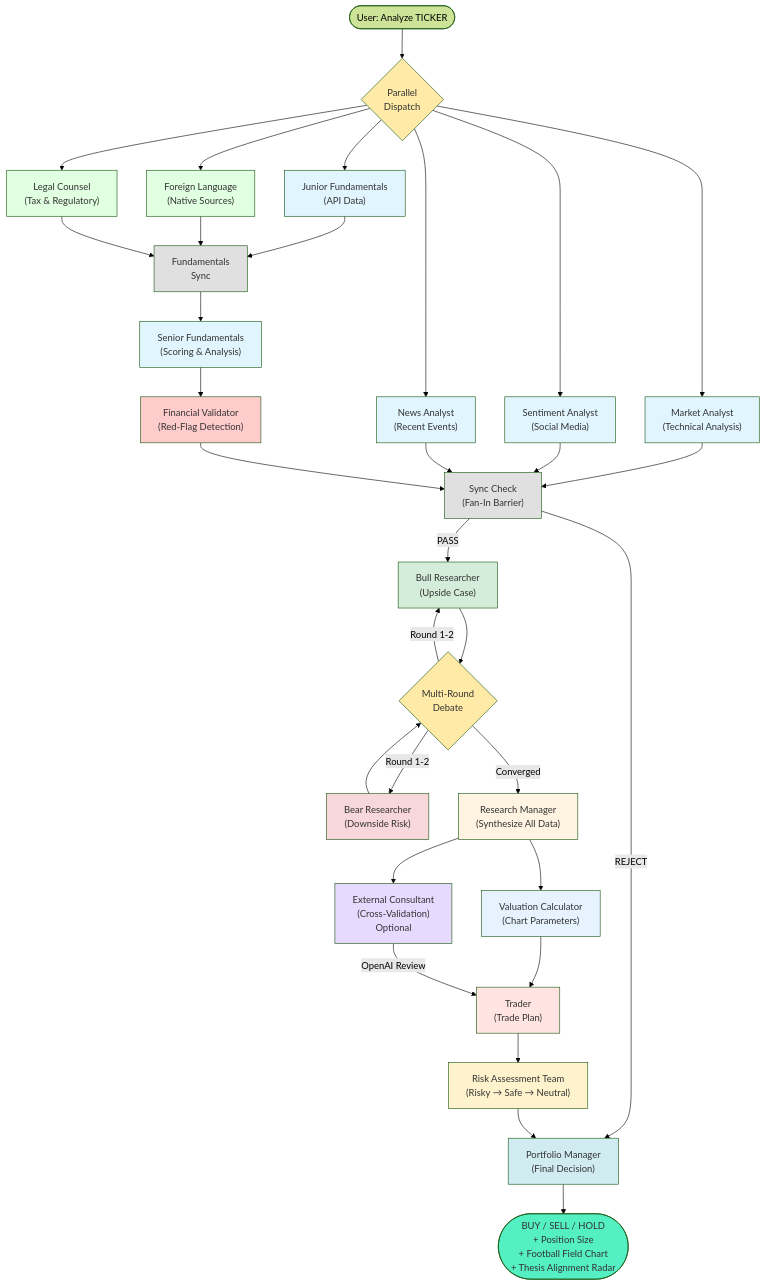
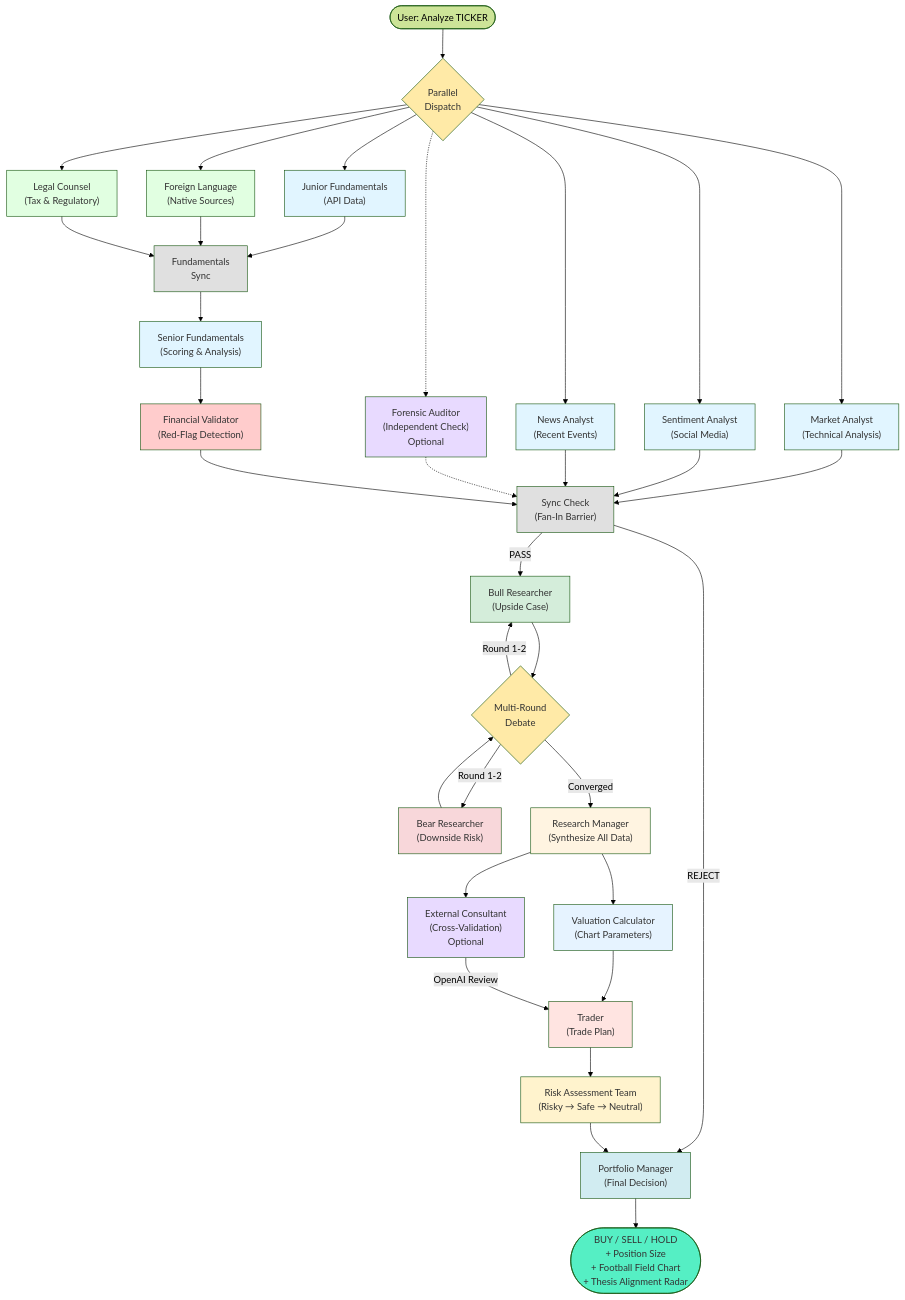
One commit to rgoerwit/ai-investment-agent changed the diagram in README.md. Above: the diagram before and after it, drawn with Mermaid (forest theme). The commit also changed other lines of this file and 13 other files, not shown here.

````diff
--- a/README.md
+++ b/README.md
@@ -42,71 +42,74 @@
 ```mermaid
 graph TB
     Start([User: Analyze TICKER]) --> Dispatcher{Parallel<br/>Dispatch}
 
     %% Parallel Fan-Out: 6 branches run simultaneously
     Dispatcher --> MarketAnalyst["Market Analyst<br/>(Technical Analysis)"]
     Dispatcher --> SentimentAnalyst["Sentiment Analyst<br/>(Social Media)"]
     Dispatcher --> NewsAnalyst["News Analyst<br/>(Recent Events)"]
     Dispatcher --> JuniorFund["Junior Fundamentals<br/>(API Data)"]
     Dispatcher --> ForeignLang["Foreign Language<br/>(Native Sources)"]
     Dispatcher --> LegalCounsel["Legal Counsel<br/>(Tax & Regulatory)"]
+    Dispatcher -.-> Auditor["Forensic Auditor<br/>(Independent Check)<br/>Optional"]
 
     %% Market/Sentiment/News go directly to main Sync Check
     MarketAnalyst --> SyncCheck["Sync Check<br/>(Fan-In Barrier)"]
     SentimentAnalyst --> SyncCheck
     NewsAnalyst --> SyncCheck
+    Auditor -.-> SyncCheck
 
     %% Fundamentals sub-graph: Junior + Foreign + Legal sync first
     JuniorFund --> FundSync["Fundamentals<br/>Sync"]
     ForeignLang --> FundSync
     LegalCounsel --> FundSync
     FundSync --> SeniorFund["Senior Fundamentals<br/>(Scoring & Analysis)"]
     SeniorFund --> Validator["Financial Validator<br/>(Red-Flag Detection)"]
     Validator --> SyncCheck
 
     %% After all branches complete
     SyncCheck -->|REJECT| PortfolioManager["Portfolio Manager<br/>(Final Decision)"]
     SyncCheck -->|PASS| BullResearcher["Bull Researcher<br/>(Upside Case)"]
 
     BullResearcher --> Debate{Multi-Round<br/>Debate}
     BearResearcher["Bear Researcher<br/>(Downside Risk)"] --> Debate
 
     Debate -->|Round 1-2| BullResearcher
     Debate -->|Round 1-2| BearResearcher
     Debate -->|Converged| ResearchManager["Research Manager<br/>(Synthesize All Data)"]
 
     %% Post-Research Manager: Valuation Calculator and Consultant run in parallel
     ResearchManager --> ValuationCalc["Valuation Calculator<br/>(Chart Parameters)"]
     ResearchManager --> Consultant["External Consultant<br/>(Cross-Validation)<br/>Optional"]
 
     ValuationCalc --> Trader["Trader<br/>(Trade Plan)"]
     Consultant -->|OpenAI Review| Trader
 
     Trader --> RiskTeam["Risk Assessment Team<br/>(Risky → Safe → Neutral)"]
 
     RiskTeam --> PortfolioManager
 
     PortfolioManager --> Decision([BUY / SELL / HOLD<br/>+ Position Size<br/>+ Football Field Chart<br/>+ Thesis Alignment Radar])
 
     style Dispatcher fill:#ffeaa7,color:#333
     style MarketAnalyst fill:#e1f5ff,color:#333
     style NewsAnalyst fill:#e1f5ff,color:#333
     style SentimentAnalyst fill:#e1f5ff,color:#333
     style JuniorFund fill:#e1f5ff,color:#333
     style ForeignLang fill:#e1ffe1,color:#333
     style LegalCounsel fill:#e1ffe1,color:#333
     style FundSync fill:#e0e0e0,color:#333
     style SeniorFund fill:#e1f5ff,color:#333
     style Validator fill:#ffcccc,color:#333
     style SyncCheck fill:#e0e0e0,color:#333
     style ResearchManager fill:#fff4e1,color:#333
     style BullResearcher fill:#d4edda,color:#333
     style BearResearcher fill:#f8d7da,color:#333
     style ValuationCalc fill:#e6f3ff,color:#333
     style Consultant fill:#e8daff,color:#333
+    style Auditor fill:#e8daff,color:#333
     style Trader fill:#ffe4e1,color:#333
     style RiskTeam fill:#fff3cd,color:#333
     style PortfolioManager fill:#d1ecf1,color:#333
     style Debate fill:#ffeaa7,color:#333
     style Decision fill:#55efc4,color:#333
 ```
````
